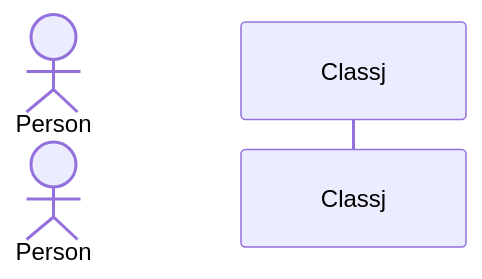
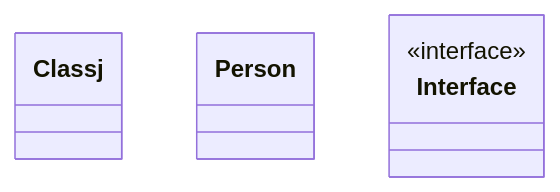
The diagram in mermade/untitledj.md (saiphanindra1010/arch_diagram_demo), drawn with Mermaid before and after one commit.

Commit message:
mermade: save Untitledj

````diff
--- a/mermade/untitledj.md
+++ b/mermade/untitledj.md
@@ -3,6 +3,9 @@
 ```mermaid
-sequenceDiagram
-  actor Person
-  participant Classj
-%% mermade:{"v":1,"diagramType":"sequence","nodes":{"Classj":{"x":552.80078125,"y":335.28125,"w":220,"h":70,"kind":"class","members":[]},"Person":{"x":340,"y":40,"w":120,"h":56,"kind":"actor"}},"groups":{},"edges":{}}
+classDiagram
+  class Classj
+  class Person
+  class Interface {
+    <<interface>>
+  }
+%% mermade:{"v":1,"diagramType":"class","nodes":{"Classj":{"x":552.80078125,"y":335.28125,"w":220,"h":70,"kind":"class","members":[]},"Person":{"x":340,"y":40,"w":120,"h":56,"kind":"actor"},"Interface":{"x":286.04296875,"y":365.01171875,"w":220,"h":70,"kind":"interface","members":[],"stereotype":"interface"}},"groups":{},"edges":{}}
 ```
````
